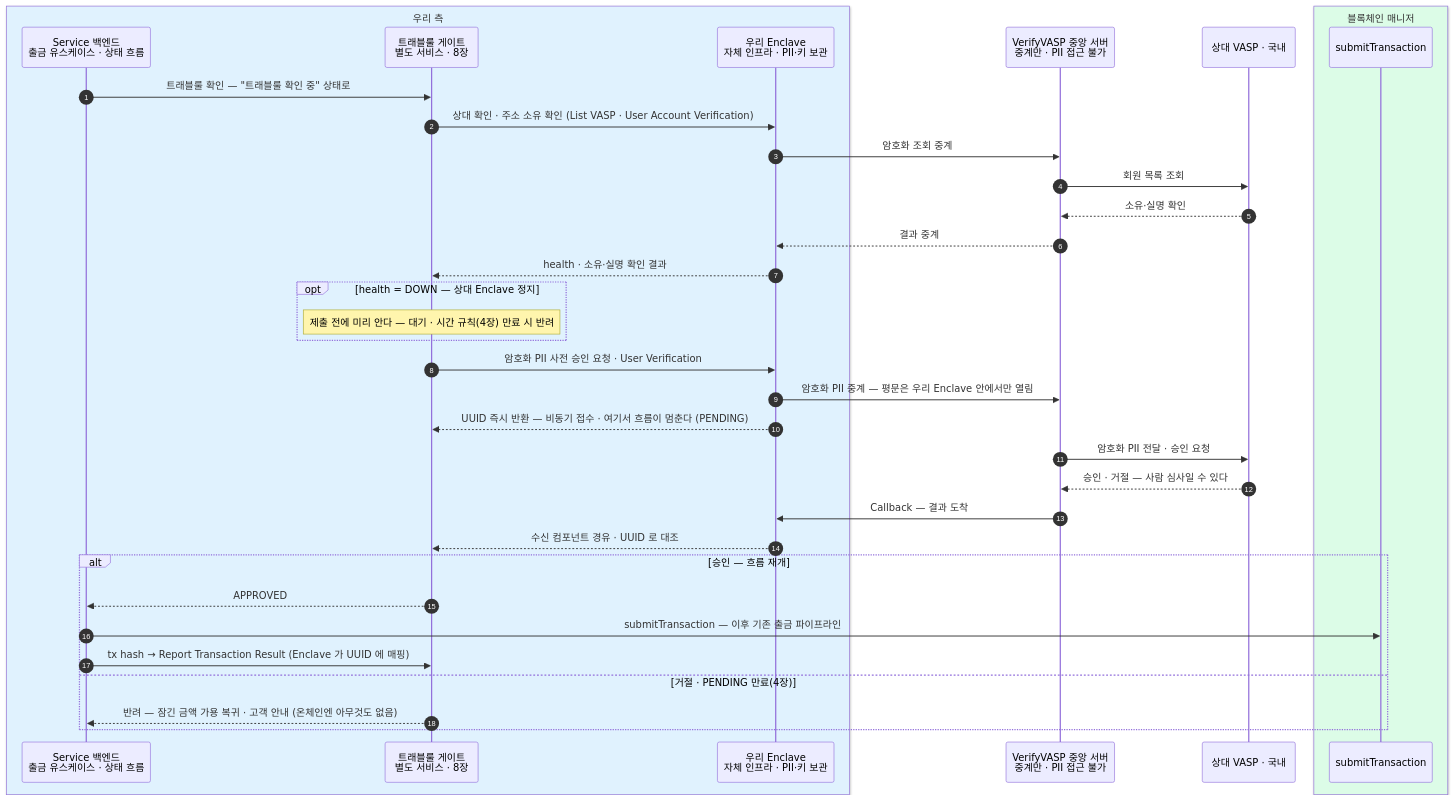
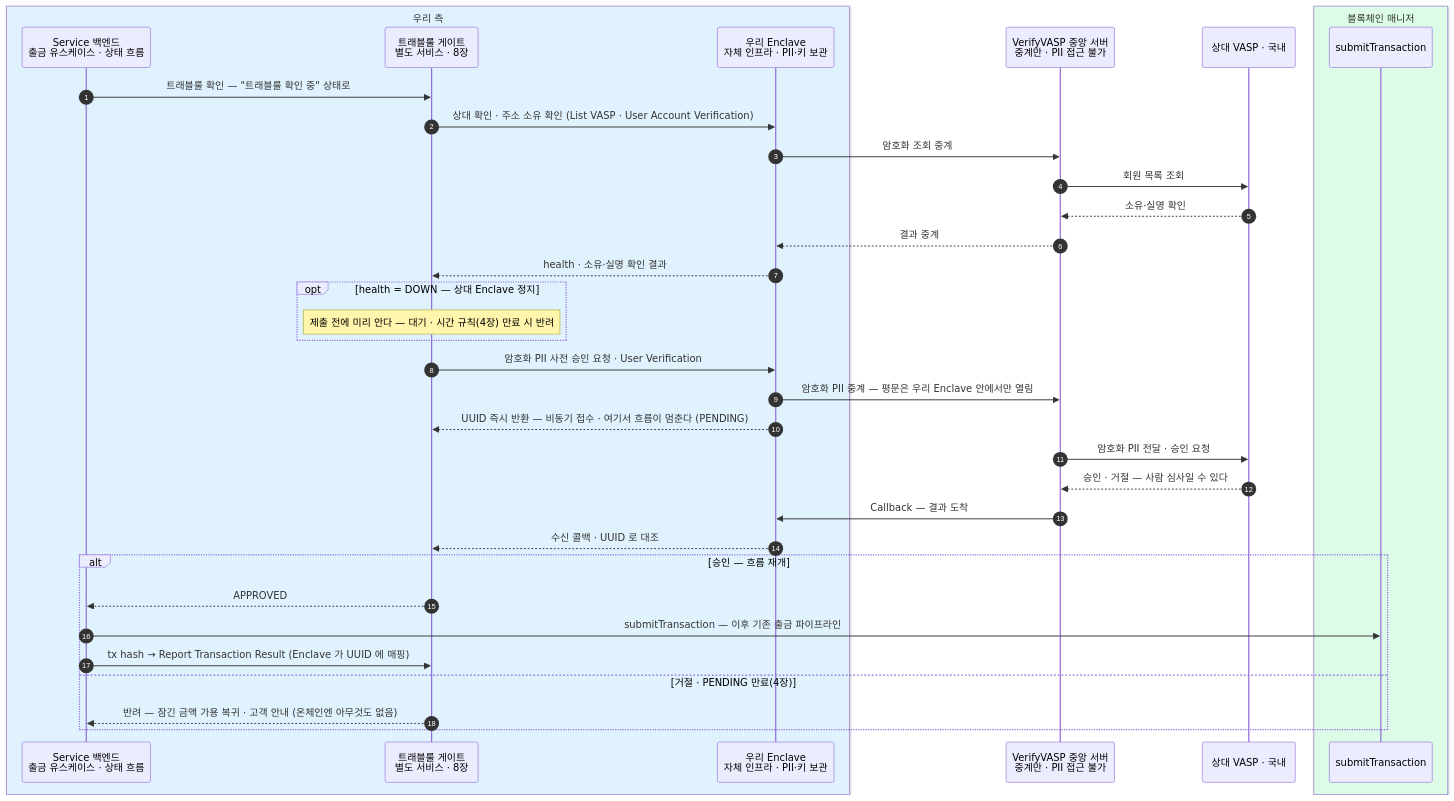
Before and after one commit to eunsujeo/eunpus: the first of 11 diagrams in blockchain-manager/docs/트래블룰/설계/07-scenarios.md, drawn with Mermaid. The commit also changed other lines of this file and 23 other files, not shown here.

````diff
--- a/blockchain-manager/docs/트래블룰/설계/07-scenarios.md
+++ b/blockchain-manager/docs/트래블룰/설계/07-scenarios.md
@@ -38,39 +38,39 @@
 ```mermaid
 sequenceDiagram
     autonumber
     box rgb(224,242,254) 우리 측
     participant BE as Service 백엔드<br/>출금 유스케이스 · 상태 흐름
     participant GT as 트래블룰 게이트<br/>별도 서비스 · 8장
     participant EN as 우리 Enclave<br/>자체 인프라 · PII·키 보관
     end
     participant HUB as VerifyVASP 중앙 서버<br/>중계만 · PII 접근 불가
     participant RV as 상대 VASP · 국내
     box rgb(220,252,231) 블록체인 매니저
     participant BM as submitTransaction
     end
 
     BE->>GT: 트래블룰 확인 — "트래블룰 확인 중" 상태로
     GT->>EN: 상대 확인 · 주소 소유 확인 (List VASP · User Account Verification)
     EN->>HUB: 암호화 조회 중계
     HUB->>RV: 회원 목록 조회
     RV-->>HUB: 소유·실명 확인
     HUB-->>EN: 결과 중계
     EN-->>GT: health · 소유·실명 확인 결과
     opt health = DOWN — 상대 Enclave 정지
         Note over GT: 제출 전에 미리 안다 — 대기 · 시간 규칙(4장) 만료 시 반려
     end
     GT->>EN: 암호화 PII 사전 승인 요청 · User Verification
     EN->>HUB: 암호화 PII 중계 — 평문은 우리 Enclave 안에서만 열림
     EN-->>GT: UUID 즉시 반환 — 비동기 접수 · 여기서 흐름이 멈춘다 (PENDING)
     HUB->>RV: 암호화 PII 전달 · 승인 요청
     RV-->>HUB: 승인 · 거절 — 사람 심사일 수 있다
     HUB->>EN: Callback — 결과 도착
-    EN-->>GT: 수신 컴포넌트 경유 · UUID 로 대조
+    EN-->>GT: 수신 콜백 · UUID 로 대조
     alt 승인 — 흐름 재개
         GT-->>BE: APPROVED
         BE->>BM: submitTransaction — 이후 기존 출금 파이프라인
         BE->>GT: tx hash → Report Transaction Result (Enclave 가 UUID 에 매핑)
     else 거절 · PENDING 만료(4장)
         GT-->>BE: 반려 — 잠긴 금액 가용 복귀 · 고객 안내 (온체인엔 아무것도 없음)
     end
 ```
````
